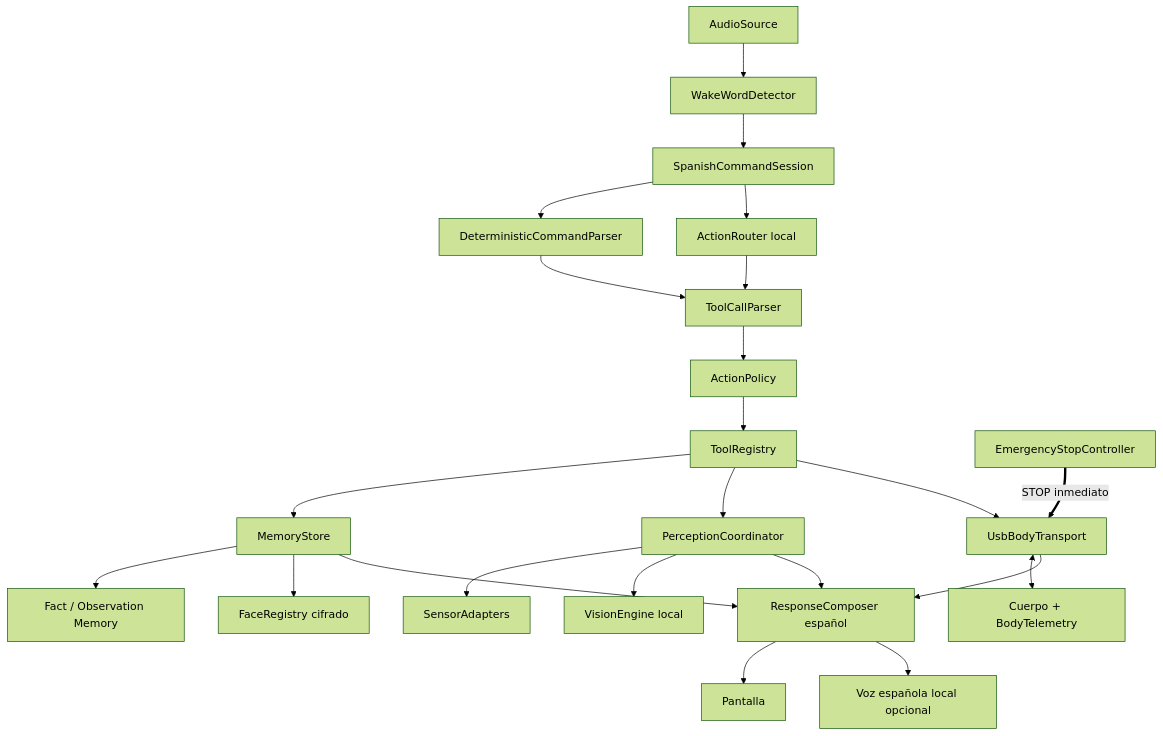
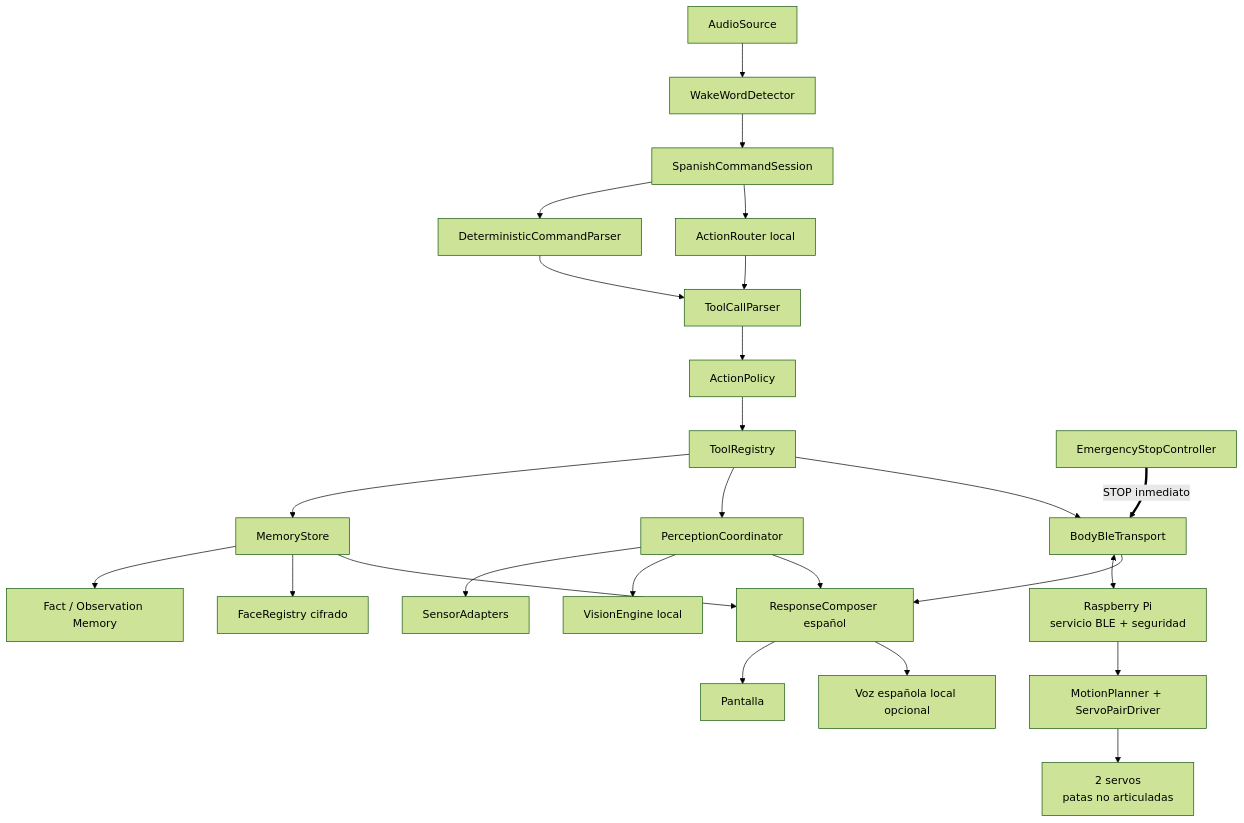
Before and after one commit to arielmendz/kiko: the third of 4 diagrams in docs/ARCHITECTURE.md, drawn with Mermaid (forest theme). The commit also changed other lines of this file and 33 other files, not shown here.

Commit message:
Bootstrap BLE Raspberry Pi body service

````diff
--- a/docs/ARCHITECTURE.md
+++ b/docs/ARCHITECTURE.md
@@ -105,30 +107,32 @@
 ```mermaid
 flowchart TD
     Audio["AudioSource"] --> Wake["WakeWordDetector"]
     Wake --> Session["SpanishCommandSession"]
 
     Session --> Deterministic["DeterministicCommandParser"]
     Session --> Router["ActionRouter local"]
     Deterministic --> Calls["ToolCallParser"]
     Router --> Calls
     Calls --> Policy["ActionPolicy"]
     Policy --> Registry["ToolRegistry"]
 
     Registry --> Memory["MemoryStore"]
     Registry --> Perception["PerceptionCoordinator"]
-    Registry --> USB["UsbBodyTransport"]
+    Registry --> BLE["BodyBleTransport"]
 
     Memory --> Facts["Fact / Observation Memory"]
     Memory --> Faces["FaceRegistry cifrado"]
     Perception --> Sensors["SensorAdapters"]
     Perception --> Vision["VisionEngine local"]
-    USB <--> Body["Cuerpo + BodyTelemetry"]
+    BLE <--> Pi["Raspberry Pi<br/>servicio BLE + seguridad"]
+    Pi --> Motion["MotionPlanner + ServoPairDriver"]
+    Motion --> Servos["2 servos<br/>patas no articuladas"]
 
     Memory --> Reply["ResponseComposer español"]
     Perception --> Reply
-    USB --> Reply
+    BLE --> Reply
     Reply --> Screen["Pantalla"]
     Reply --> Speech["Voz española local opcional"]
 
-    Stop["EmergencyStopController"] ==>|"STOP inmediato"| USB
+    Stop["EmergencyStopController"] ==>|"STOP inmediato"| BLE
 ```
````
